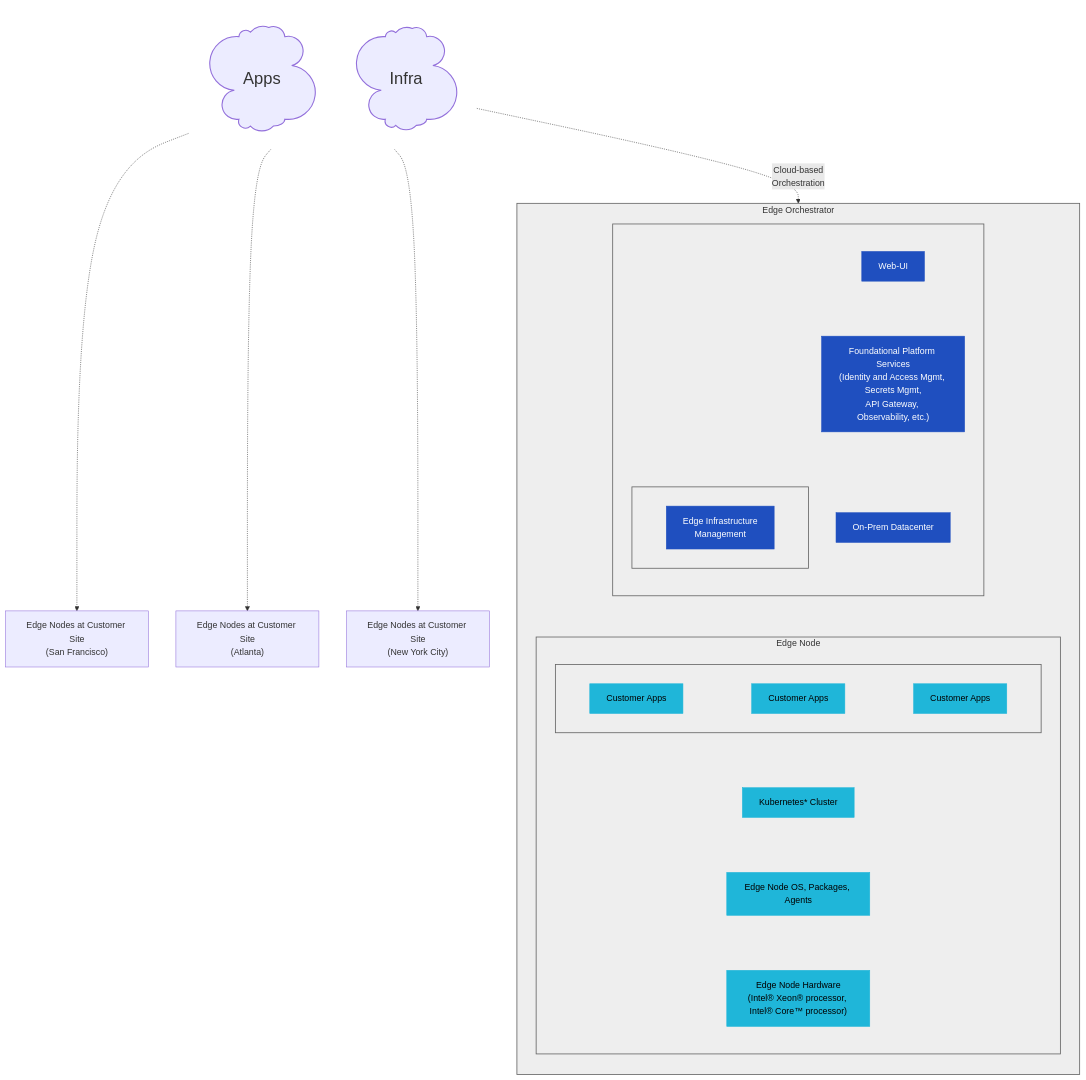
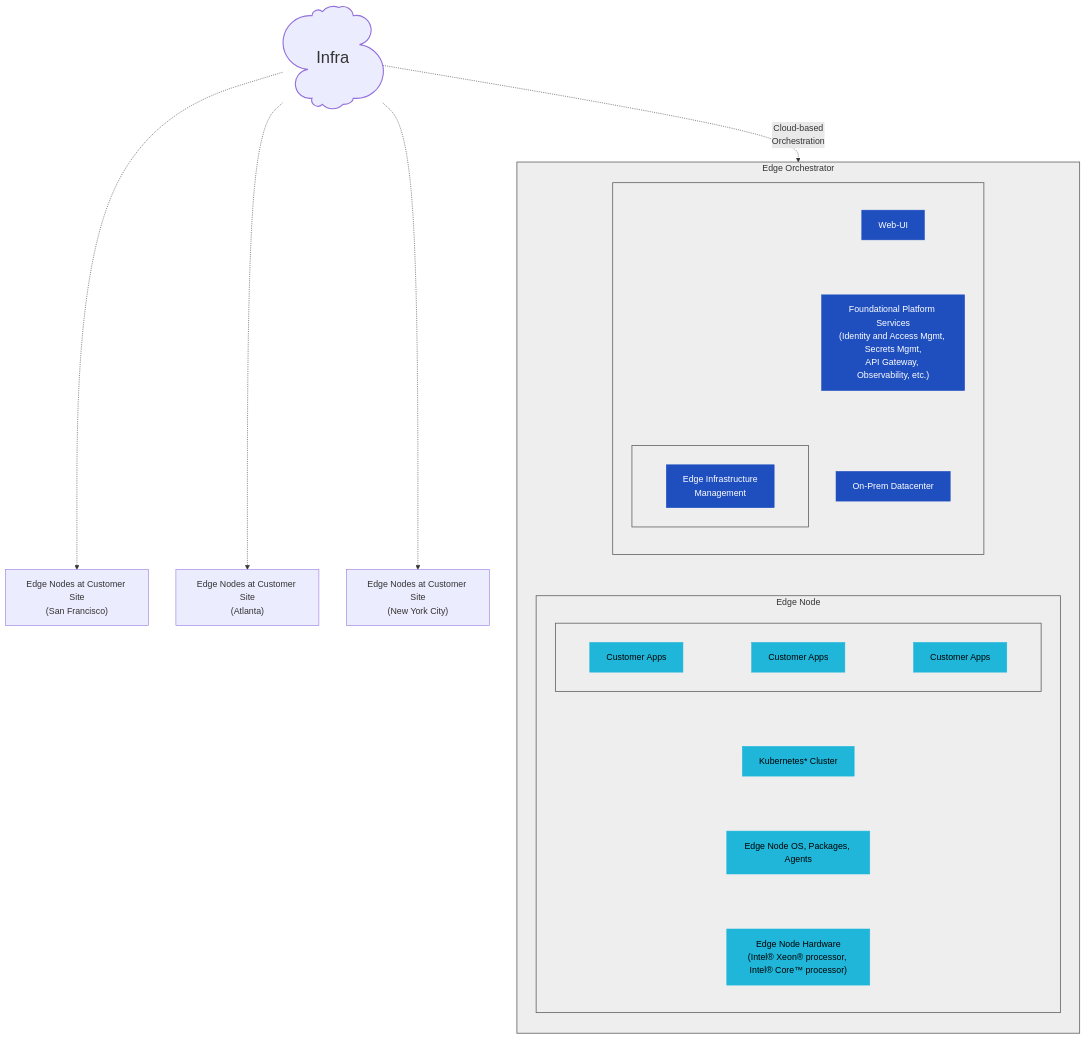
One commit to open-edge-platform/edge-out-of-band-manageability changed the diagram in README.md. Above: the diagram before and after it, drawn with Mermaid. The commit also changed other lines of this file and 1 other file, not shown here.

Commit message:
updated doc and removed apps info (#77)

````diff
--- a/README.md
+++ b/README.md
@@ -29,21 +29,17 @@
 ```mermaid
 flowchart TD
 
-    %% LEFT: Cloud
-    subgraph Cloud[" "]
-    direction LR
-    APPS@{ shape: cloud, label: "Apps"  } ~~~
+    %% LEFT: Infra
     Infra@{ shape: cloud, label: "Infra"  }
-    end
 
     %% EDGE SITES
     SF["Edge Nodes at Customer Site<br>(San Francisco)"]
     ATL["Edge Nodes at Customer Site<br>(Atlanta)"]
     NYC["Edge Nodes at Customer Site<br>(New York City)"]
 
-    Cloud -.-> SF
-    Cloud -.-> ATL
-    Cloud -.-> NYC
+    Infra -.-> SF
+    Infra -.-> ATL
+    Infra -.-> NYC
 
     %% RIGHT SIDE
     subgraph EO["Edge Orchestrator"]
@@ -89,7 +85,7 @@
     end
 
 
-    Cloud -.-> |"Cloud-based<br>Orchestration"|EO
+    Infra -.-> |"Cloud-based<br>Orchestration"|EO
 
 
     %% Styling
@@ -101,11 +97,11 @@
     class EO,EdgeNode,AppsRow,Orch,OrchestrationLayer, grey;
     class WebUI,AppOrch,ClusterOrch,InfraMgmt,Platform,INFRA blue;
     class CA1,CA2,CA3,K8s,OS,HW lightblue;
-    class Cloud transparent;
+
 
     %% Define the style for big nodes
     classDef bigNode font-size:30px,stroke-width:2px,padding:10px;
     
     %% Apply the style
-    class APPS,Infra bigNode;
+    class Infra bigNode;
 ```
````
